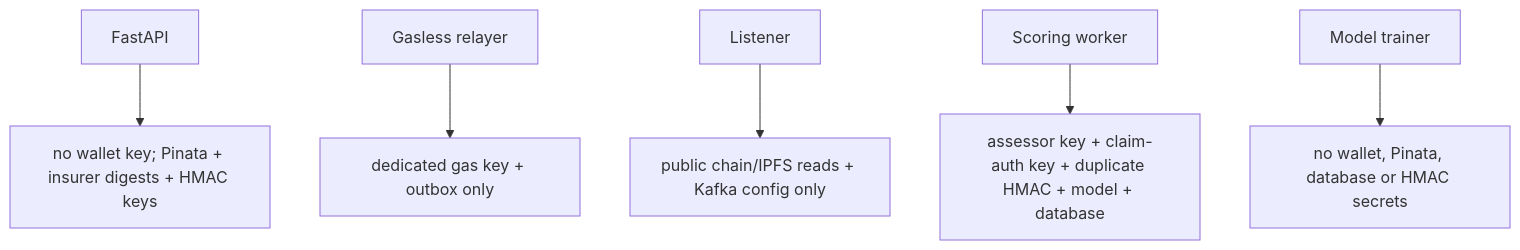
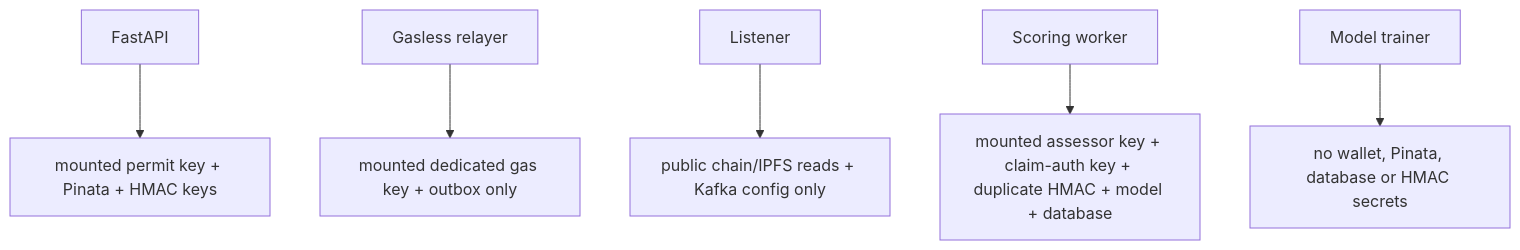
One commit to ganesh1997oli/Decentralized-Claims-Registry changed the third of 3 diagrams in infrastructure/gcp/README.md. Above: the diagram before and after it, drawn with Mermaid. The commit also changed other lines of this file and 19 other files, not shown here.

````diff
--- a/infrastructure/gcp/README.md
+++ b/infrastructure/gcp/README.md
@@ -225,8 +247,8 @@
 ```mermaid
 flowchart TD
-    API["FastAPI"] --> A["no wallet key; Pinata + insurer digests + HMAC keys"]
-    Relayer["Gasless relayer"] --> R["dedicated gas key + outbox only"]
+    API["FastAPI"] --> A["mounted permit key + Pinata + HMAC keys"]
+    Relayer["Gasless relayer"] --> R["mounted dedicated gas key + outbox only"]
     Listener["Listener"] --> B["public chain/IPFS reads + Kafka config only"]
-    Worker["Scoring worker"] --> C["assessor key + claim-auth key + duplicate HMAC + model + database"]
+    Worker["Scoring worker"] --> C["mounted assessor key + claim-auth key + duplicate HMAC + model + database"]
     Trainer["Model trainer"] --> D["no wallet, Pinata, database or HMAC secrets"]
 ```
````
